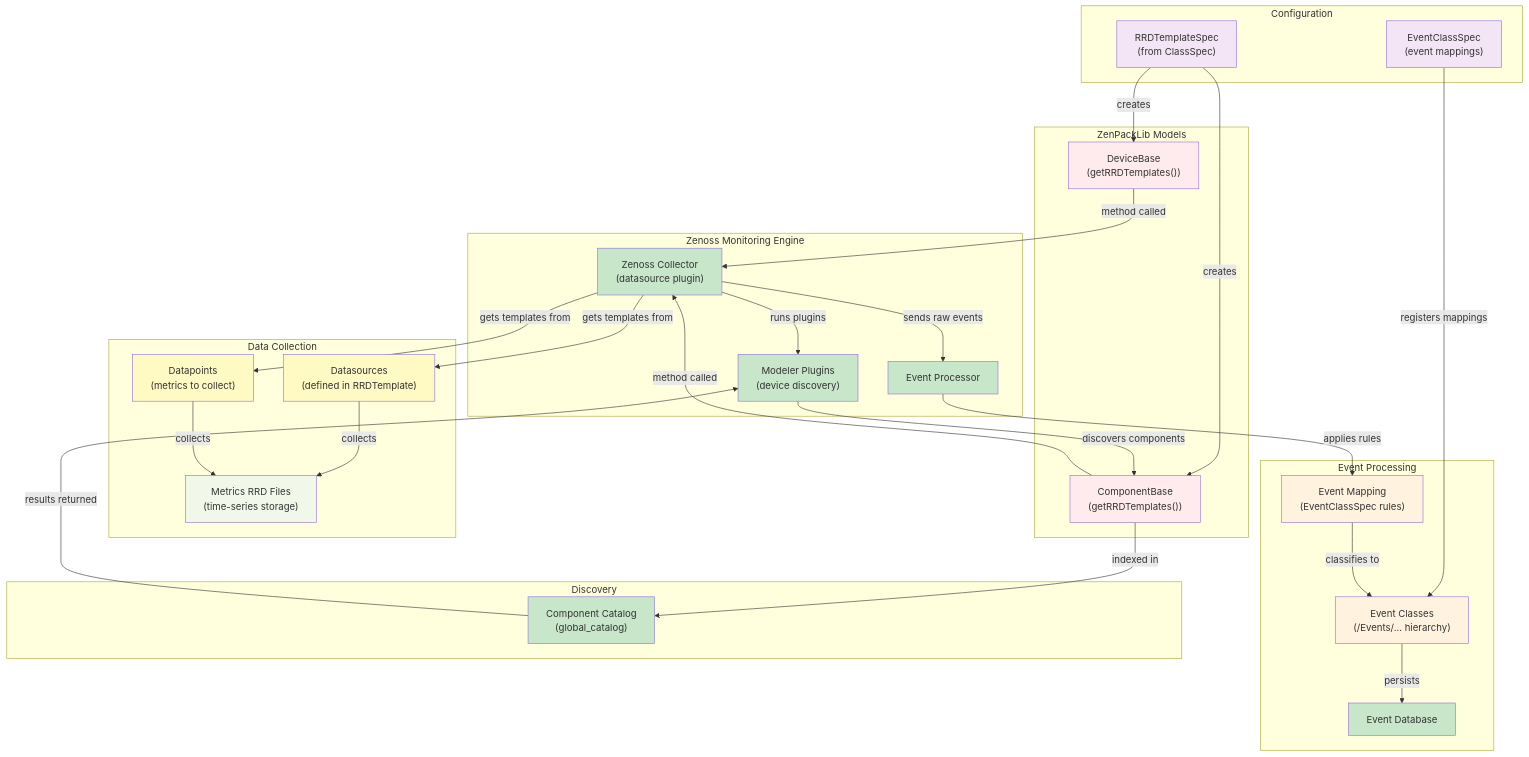
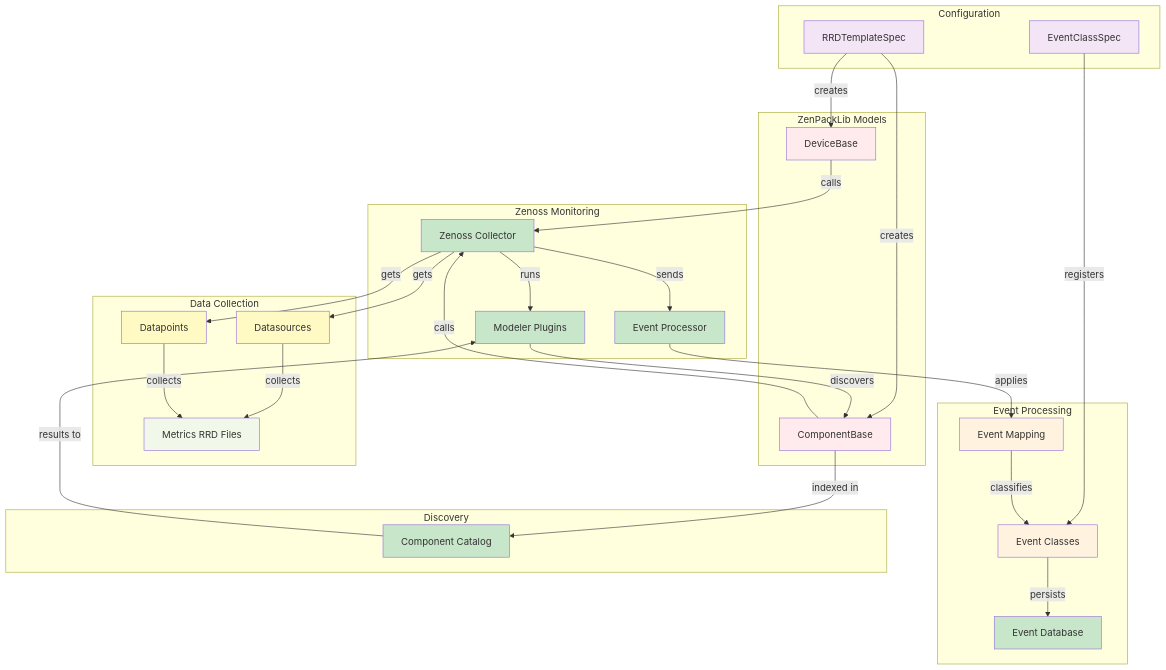
One commit to lundybernard/ZenPacks.zenoss.ZenPackLib changed the fourth of 7 diagrams in ARCHITECTURE_AND_REVERSE_ENGINEERING.md. Above: the diagram before and after it, drawn with Mermaid. The commit also changed other lines of this file, not shown here.

Commit message:
Refactor mermaid diagrams for clarity and consistency in architecture documentation

````diff
--- a/ARCHITECTURE_AND_REVERSE_ENGINEERING.md
+++ b/ARCHITECTURE_AND_REVERSE_ENGINEERING.md
@@ -462,66 +467,67 @@
 ```mermaid
 graph TB
-    subgraph "Configuration"
-        RRDSPEC["RRDTemplateSpec<br/>(from ClassSpec)"]
-        EVENTSPEC["EventClassSpec<br/>(event mappings)"]
+    subgraph CONFIG_L["Configuration"]
+        RRDSPEC["RRDTemplateSpec"]
+        EVENTSPEC["EventClassSpec"]
     end
 
-    subgraph "ZenPackLib Models"
-        DEVICE["DeviceBase<br/>(getRRDTemplates())"]
-        COMPONENT["ComponentBase<br/>(getRRDTemplates())"]
+    subgraph MODEL_L["ZenPackLib Models"]
+        DEVICE["DeviceBase"]
+        COMPONENT["ComponentBase"]
     end
 
-    subgraph "Zenoss Monitoring Engine"
-        COLLECTOR["Zenoss Collector<br/>(datasource plugin)"]
-        MODELER["Modeler Plugins<br/>(device discovery)"]
+    subgraph MON_L["Zenoss Monitoring"]
+        COLLECTOR["Zenoss Collector"]
+        MODELER["Modeler Plugins"]
         EVENTPROC["Event Processor"]
     end
 
-    subgraph "Data Collection"
-        DATASRC["Datasources<br/>(defined in RRDTemplate)"]
-        DATAPTS["Datapoints<br/>(metrics to collect)"]
-        METRICS["Metrics RRD Files<br/>(time-series storage)"]
+    subgraph DATA_L["Data Collection"]
+        DATASRC["Datasources"]
+        DATAPTS["Datapoints"]
+        METRICS["Metrics RRD Files"]
     end
 
-    subgraph "Event Processing"
-        EVENTMATCH["Event Mapping<br/>(EventClassSpec rules)"]
-        EVENTCLASS["Event Classes<br/>(/Events/... hierarchy)"]
+    subgraph EVT_L["Event Processing"]
+        EVENTMATCH["Event Mapping"]
+        EVENTCLASS["Event Classes"]
         EVENTDB["Event Database"]
     end
 
-    subgraph "Discovery"
-        COMPCAT["Component Catalog<br/>(global_catalog)"]
+    subgraph DISC_L["Discovery"]
+        COMPCAT["Component Catalog"]
     end
 
-    RRDSPEC -->|creates| DEVICE & COMPONENT
-    DEVICE & COMPONENT -->|method called| COLLECTOR
-    COLLECTOR -->|gets templates from| DATASRC & DATAPTS
-    COLLECTOR -->|runs plugins| MODELER
-
-    MODELER -->|discovers components| COMPONENT
+    RRDSPEC -->|creates| DEVICE
+    RRDSPEC -->|creates| COMPONENT
+    DEVICE -->|calls| COLLECTOR
+    COMPONENT -->|calls| COLLECTOR
+    COLLECTOR -->|gets| DATASRC
+    COLLECTOR -->|gets| DATAPTS
+    COLLECTOR -->|runs| MODELER
+    MODELER -->|discovers| COMPONENT
     COMPONENT -->|indexed in| COMPCAT
-    COMPCAT -->|results returned| MODELER
-
-    DATASRC & DATAPTS -->|collects| METRICS
-    COLLECTOR -->|sends raw events| EVENTPROC
-
-    EVENTSPEC -->|registers mappings| EVENTCLASS
-    EVENTPROC -->|applies rules| EVENTMATCH
-    EVENTMATCH -->|classifies to| EVENTCLASS
+    COMPCAT -->|results to| MODELER
+    DATASRC -->|collects| METRICS
+    DATAPTS -->|collects| METRICS
+    COLLECTOR -->|sends| EVENTPROC
+    EVENTSPEC -->|registers| EVENTCLASS
+    EVENTPROC -->|applies| EVENTMATCH
+    EVENTMATCH -->|classifies| EVENTCLASS
     EVENTCLASS -->|persists| EVENTDB
 
     style RRDSPEC fill:#f3e5f5
     style EVENTSPEC fill:#f3e5f5
     style DEVICE fill:#ffebee
     style COMPONENT fill:#ffebee
     style COLLECTOR fill:#c8e6c9
     style MODELER fill:#c8e6c9
     style DATASRC fill:#fff9c4
     style DATAPTS fill:#fff9c4
     style METRICS fill:#f1f8e9
     style EVENTMATCH fill:#fff3e0
     style EVENTCLASS fill:#fff3e0
     style EVENTDB fill:#c8e6c9
     style COMPCAT fill:#c8e6c9
     style EVENTPROC fill:#c8e6c9
 ```
````
